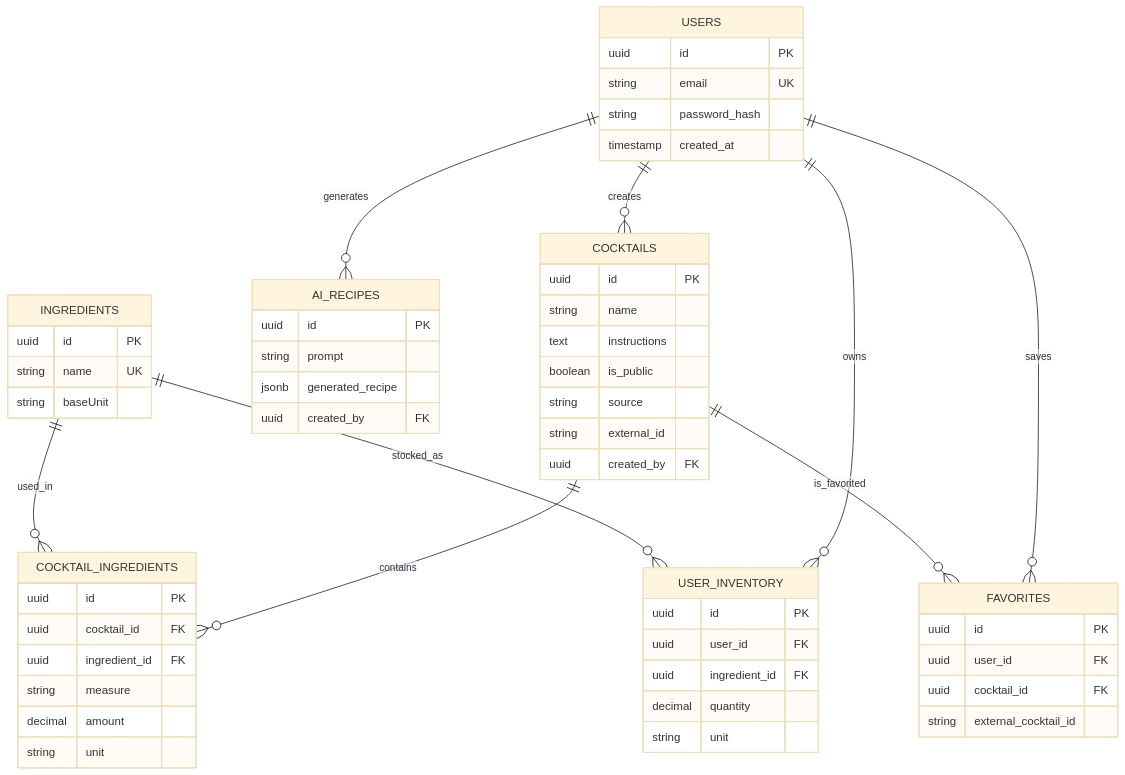
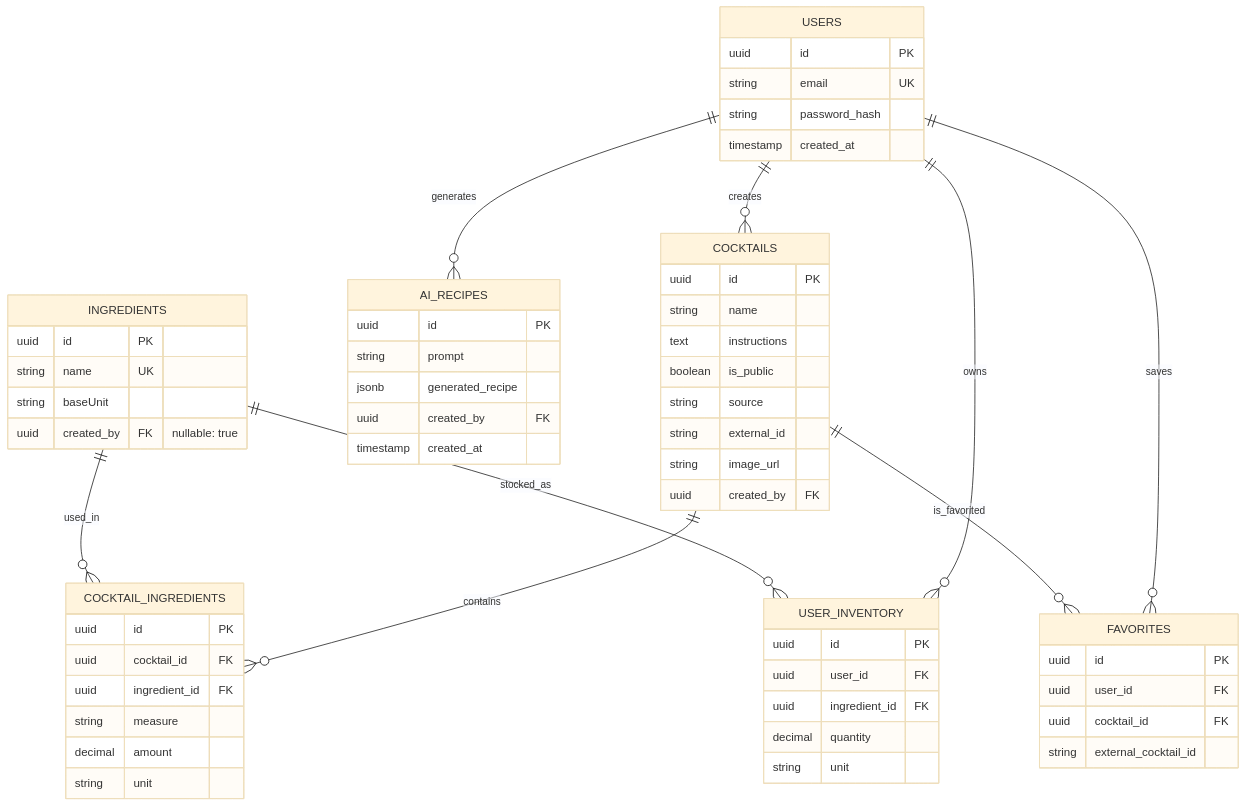
The diagram in docs/database/database-schema.md (zantgo/mixology-hub), drawn with Mermaid (base theme) before and after one commit. The commit also changed other lines of this file and 91 other files, not shown here.

````diff
--- a/docs/database/database-schema.md
+++ b/docs/database/database-schema.md
@@ -54,6 +54,8 @@
 
 string baseUnit
 
+uuid created_by FK "nullable: true"
+
 }
 
   
@@ -68,13 +70,15 @@
 
 boolean is_public
 
-string source
+ string source
 
-string external_id
+ string external_id
 
-uuid created_by FK
+ string image_url
 
-}
+ uuid created_by FK
+
+ }
 
   
 
@@ -136,6 +140,8 @@
 
 uuid created_by FK
 
+timestamp created_at
+
 }
 
 ```
````
